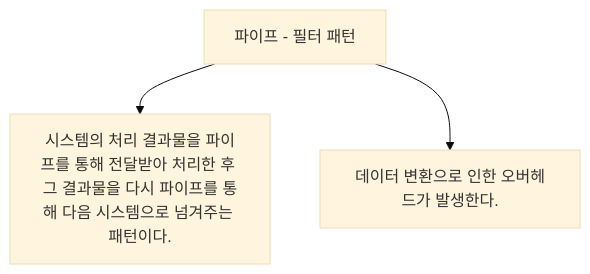
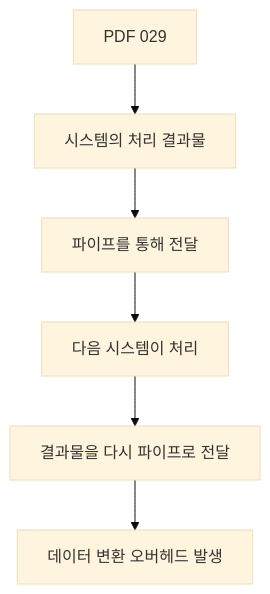
The second of 10 diagrams in 정보처리기사/1과목 소프트웨어 설계/029 파이프 - 필터 패턴/029 파이프 - 필터 패턴.md (nes0903/study), drawn with Mermaid (base theme) before and after one commit. The commit also changed other lines of this file and 318 other files, not shown here.

````diff
--- a/정보처리기사/1과목 소프트웨어 설계/029 파이프 - 필터 패턴/029 파이프 - 필터 패턴.md
+++ b/정보처리기사/1과목 소프트웨어 설계/029 파이프 - 필터 패턴/029 파이프 - 필터 패턴.md
@@ -13,6 +37,9 @@
 ```mermaid
 flowchart TD
-    A["파이프 - 필터 패턴"]
-    A --> N1["시스템의 처리 결과물을 파이프를 통해 전달받아 처리한 후 그 결과물을 다시 파이프를 통해 다음 시스템으로 넘겨주는 패턴이다."]
-    A --> N2["데이터 변환으로 인한 오버헤드가 발생한다."]
+    A["PDF 029"]
+    A --> B["시스템의 처리 결과물"]
+    B --> C["파이프를 통해 전달"]
+    C --> D["다음 시스템이 처리"]
+    D --> E["결과물을 다시 파이프로 전달"]
+    E --> F["데이터 변환 오버헤드 발생"]
 ```
````
